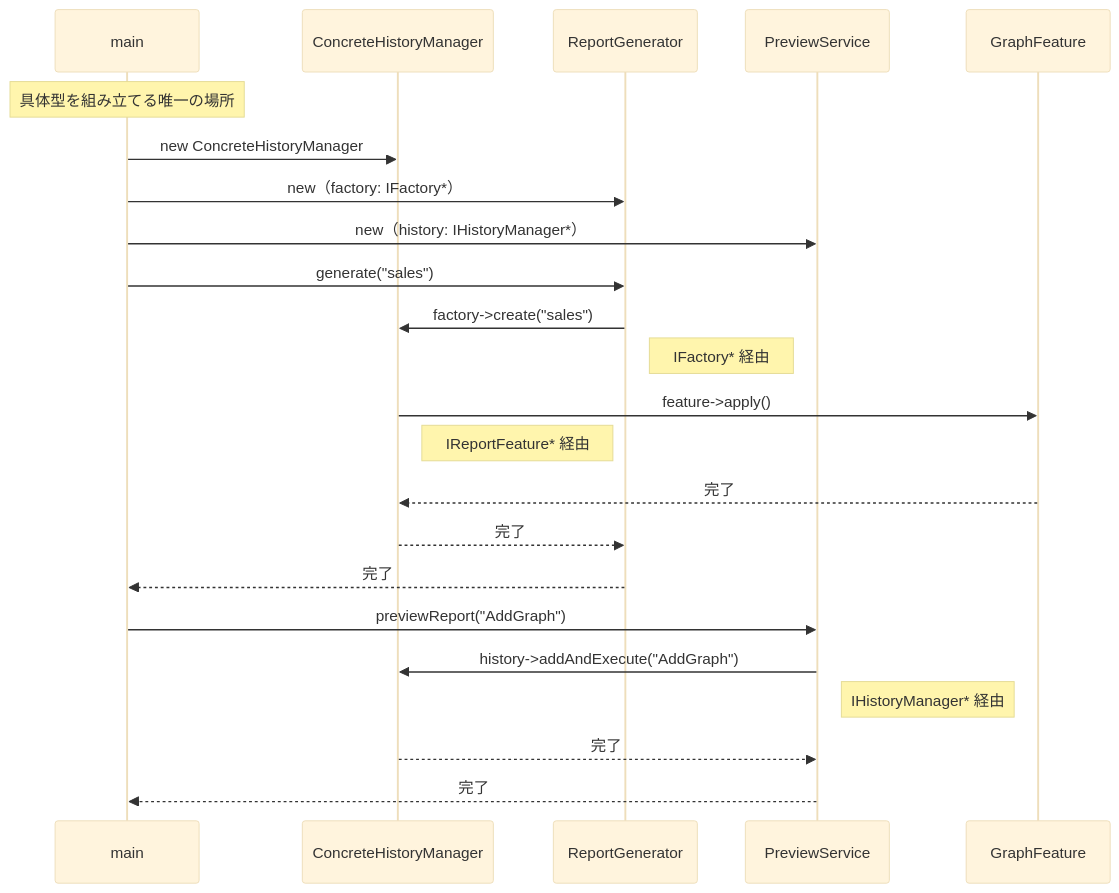
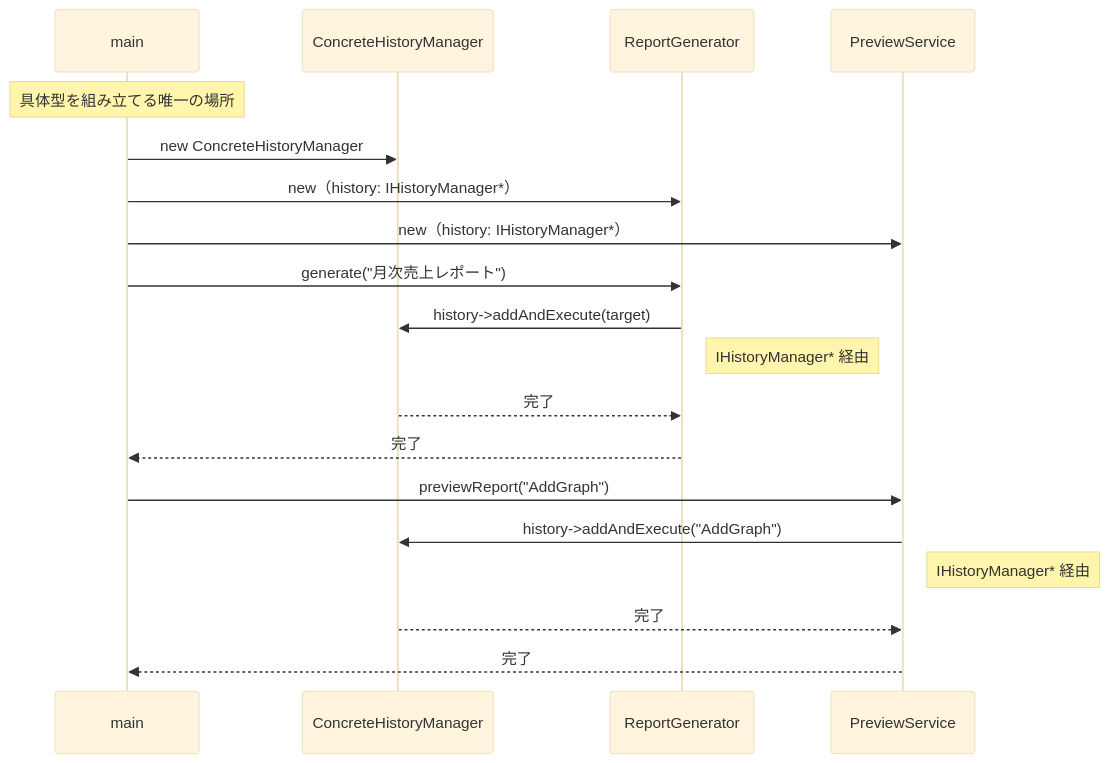
Before and after one commit to kumachan1101-pixel/DesignPattern: diagram 11 of 13 in kindle/design-patterns/output/chapter11.md, drawn with Mermaid (base theme). The commit also changed other lines of this file and 2 other files, not shown here.

````diff
--- a/kindle/design-patterns/output/chapter11.md
+++ b/kindle/design-patterns/output/chapter11.md
@@ -1024,25 +940,21 @@
 ```mermaid
 sequenceDiagram
     participant main
     participant CHM as ConcreteHistoryManager
     participant RG as ReportGenerator
     participant PS as PreviewService
-    participant GF as GraphFeature
     Note over main: 具体型を組み立てる唯一の場所
     main->>CHM: new ConcreteHistoryManager
-    main->>RG: new（factory: IFactory*）
+    main->>RG: new（history: IHistoryManager*）
     main->>PS: new（history: IHistoryManager*）
-    main->>RG: generate("sales")
-    RG->>CHM: factory->create("sales")
-    Note right of RG: IFactory* 経由
-    CHM->>GF: feature->apply()
-    Note right of CHM: IReportFeature* 経由
-    GF-->>CHM: 完了
+    main->>RG: generate("月次売上レポート")
+    RG->>CHM: history->addAndExecute(target)
+    Note right of RG: IHistoryManager* 経由
     CHM-->>RG: 完了
     RG-->>main: 完了
     main->>PS: previewReport("AddGraph")
     PS->>CHM: history->addAndExecute("AddGraph")
     Note right of PS: IHistoryManager* 経由
     CHM-->>PS: 完了
     PS-->>main: 完了
 ```
````
